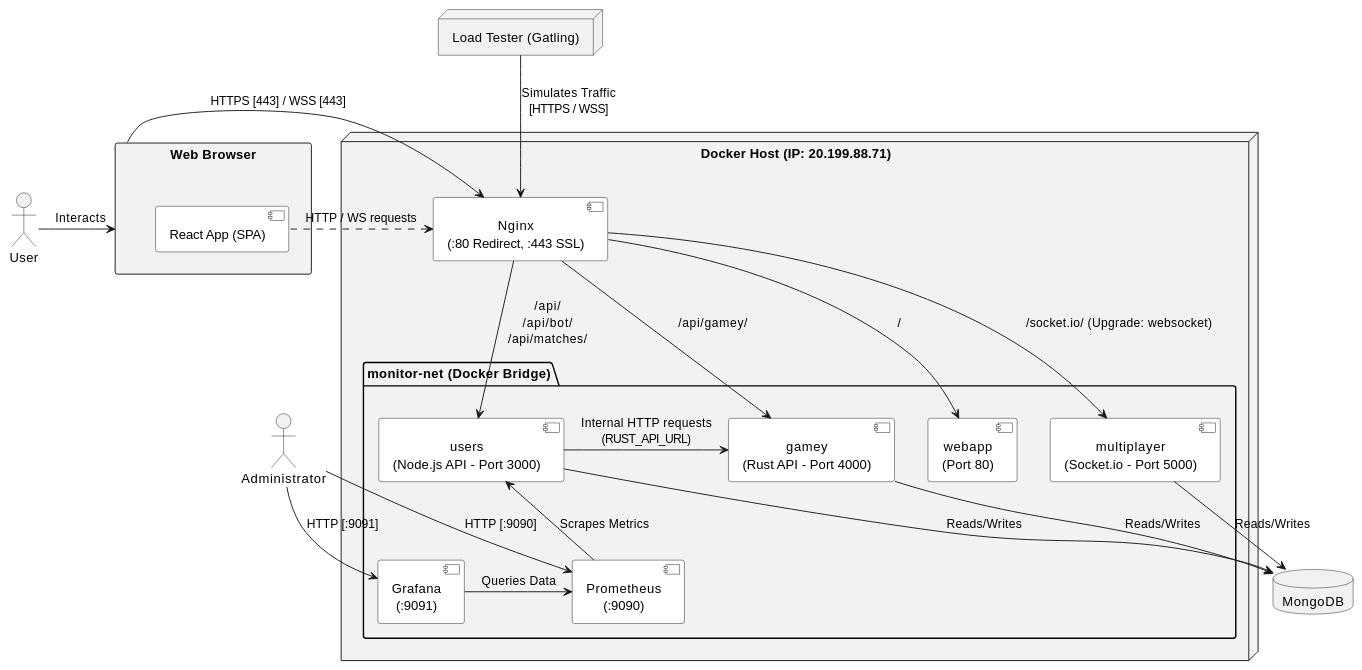
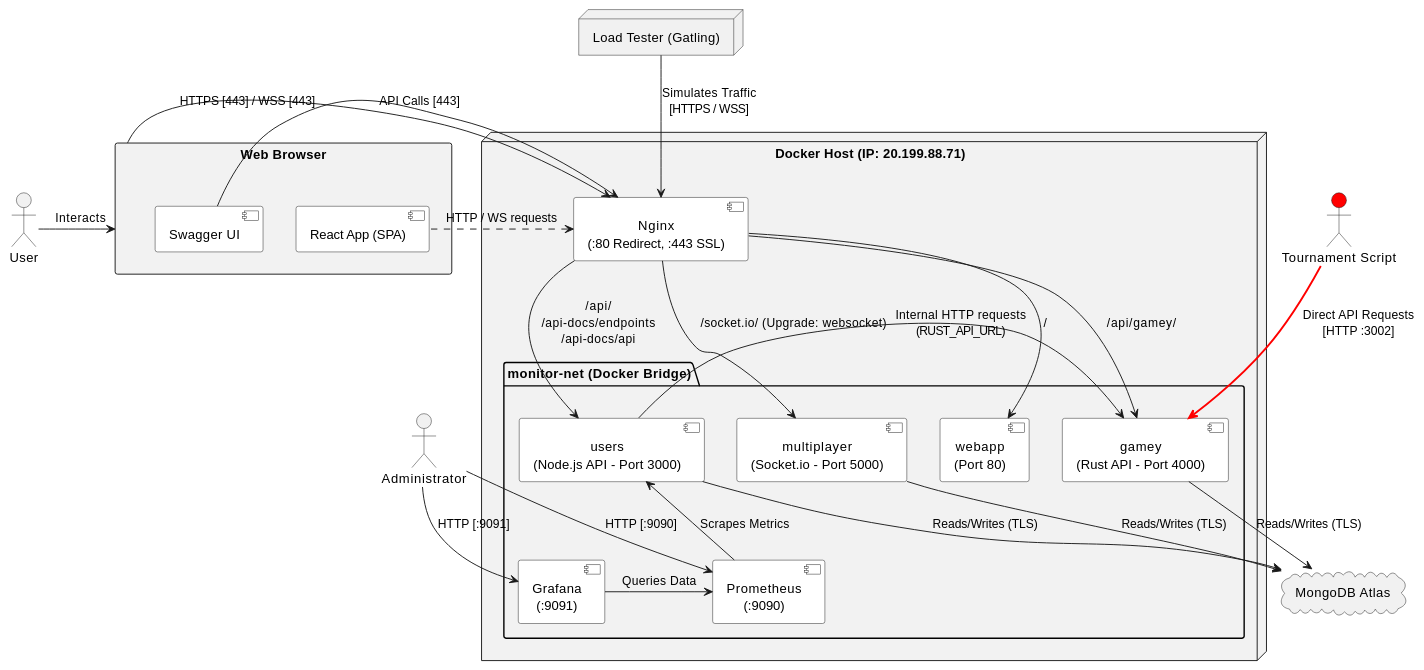
The second of 2 diagrams in docs/src/03_context_and_scope.adoc (Arquisoft/yovi_es1a), drawn with PlantUML before and after one commit. The commit also changed other lines of this file, not shown here.

```diff
--- a/docs/src/03_context_and_scope.adoc
+++ b/docs/src/03_context_and_scope.adoc
@@ -75,55 +39,60 @@
 [plantuml]
 ----
 @startuml
 skinparam componentStyle uml2
 skinparam componentBackgroundColor white
 skinparam packageBackgroundColor #F2F2F2
 skinparam defaultTextAlignment center
 
 actor "User" as user
 actor "Administrator" as admin
+actor "Tournament Script" as tourney #Red
 node "Load Tester (Gatling)" as gatling
 
 rectangle "Web Browser" as browser {
     component "React App (SPA)" as spa
+    component "Swagger UI" as swagger
 }
+
+cloud "MongoDB Atlas" as mongo
 
 node "Docker Host (IP: 20.199.88.71)" {
     component "Nginx\n(:80 Redirect, :443 SSL)" as nginx
     
     package "monitor-net (Docker Bridge)" {
         component "webapp\n(Port 80)" as webapp
         component "users\n(Node.js API - Port 3000)" as users
         component "gamey\n(Rust API - Port 4000)" as gamey
         component "multiplayer\n(Socket.io - Port 5000)" as multi
 
         component "Grafana\n(:9091)" as graf
         component "Prometheus\n(:9090)" as prom
     }
 }
 
-database "MongoDB" as mongo
 
 user -> browser : Interacts
 browser -right-> nginx : HTTPS [443] / WSS [443]
+swagger -right-> nginx : API Calls [443]
 gatling -down-> nginx : Simulates Traffic\n[HTTPS / WSS]
+tourney -[#red,bold]down-> gamey : Direct API Requests\n[HTTP :3002]
 
 nginx --> webapp : " / "
-nginx --> users : " /api/ \n /api/bot/ \n /api/matches/ "
+nginx --> users : " /api/ \n /api-docs/endpoints \n /api-docs/api "
 nginx --> gamey : " /api/gamey/ "
 nginx --> multi : " /socket.io/ (Upgrade: websocket)"
 
 spa .up.> nginx : HTTP / WS requests
 users -right-> gamey : Internal HTTP requests\n(RUST_API_URL)
 
-users --> mongo : Reads/Writes
-gamey --> mongo : Reads/Writes
-multi --> mongo : Reads/Writes
+users --> mongo : Reads/Writes (TLS)
+gamey --> mongo : Reads/Writes (TLS)
+multi --> mongo : Reads/Writes (TLS)
 
 admin --> graf : HTTP [:9091]
 admin --> prom : HTTP [:9090]
 graf -> prom : Queries Data
 prom -up-> users : Scrapes Metrics
 
 @enduml
 ----
```
